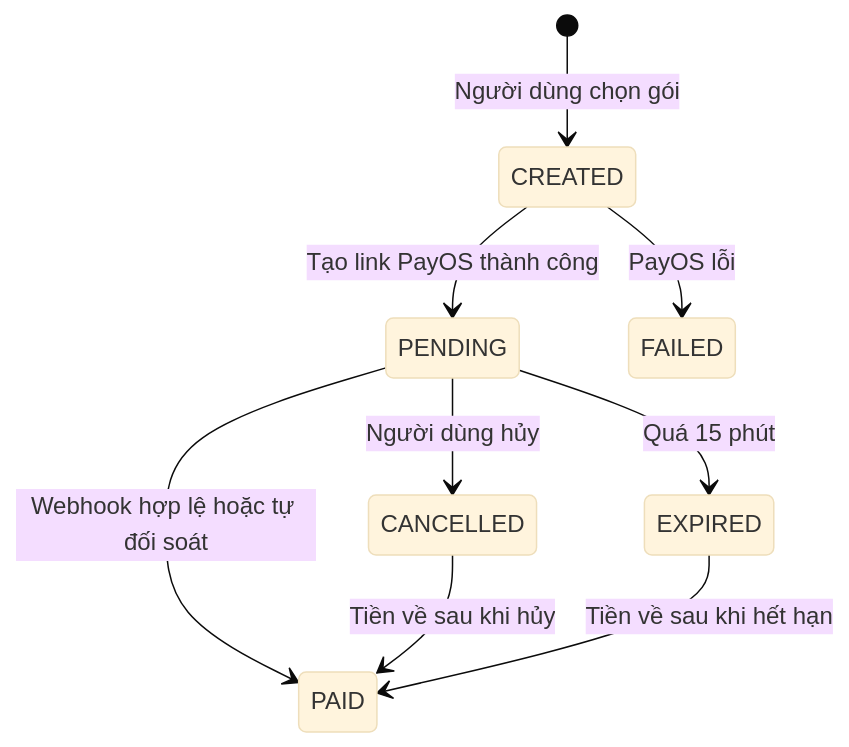
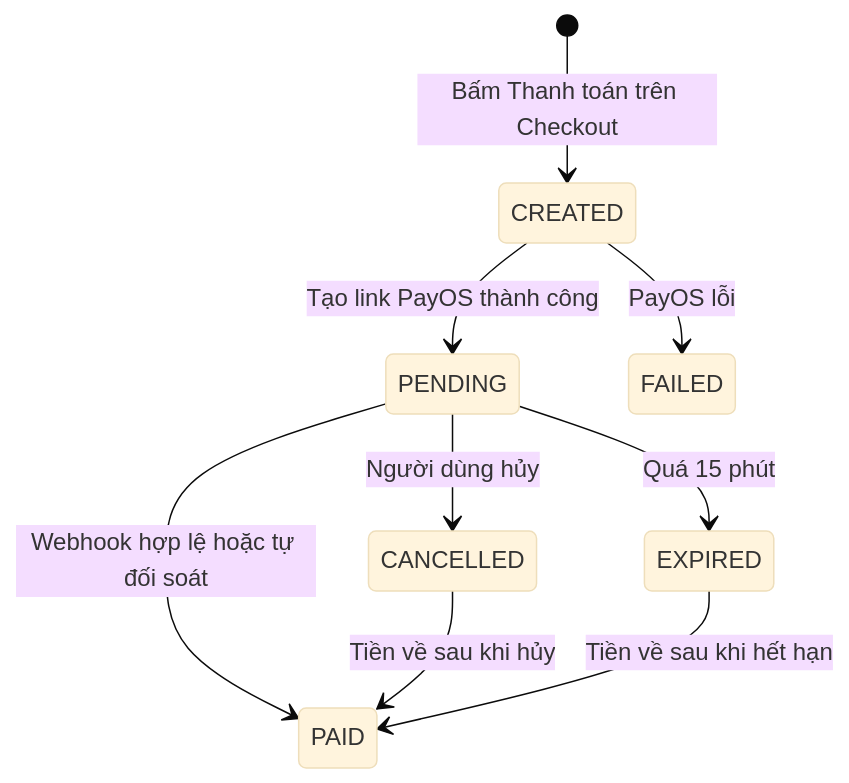
Before and after one commit to hygef-v4/AI-Powered-Learning-Platform: the first of 2 diagrams in aidlc-docs/construction/u07-payment-credit/functional-design/domain-entities.md, drawn with Mermaid (base theme). The commit also changed other lines of this file and 185 other files, not shown here.

````diff
--- a/aidlc-docs/construction/u07-payment-credit/functional-design/domain-entities.md
+++ b/aidlc-docs/construction/u07-payment-credit/functional-design/domain-entities.md
@@ -51,11 +51,11 @@
 ```mermaid
 stateDiagram-v2
-    [*] --> CREATED: Người dùng chọn gói
+    [*] --> CREATED: Bấm Thanh toán trên Checkout
     CREATED --> PENDING: Tạo link PayOS thành công
     CREATED --> FAILED: PayOS lỗi
     PENDING --> PAID: Webhook hợp lệ hoặc tự đối soát
     PENDING --> CANCELLED: Người dùng hủy
     PENDING --> EXPIRED: Quá 15 phút
     CANCELLED --> PAID: Tiền về sau khi hủy
     EXPIRED --> PAID: Tiền về sau khi hết hạn
 ```
````
